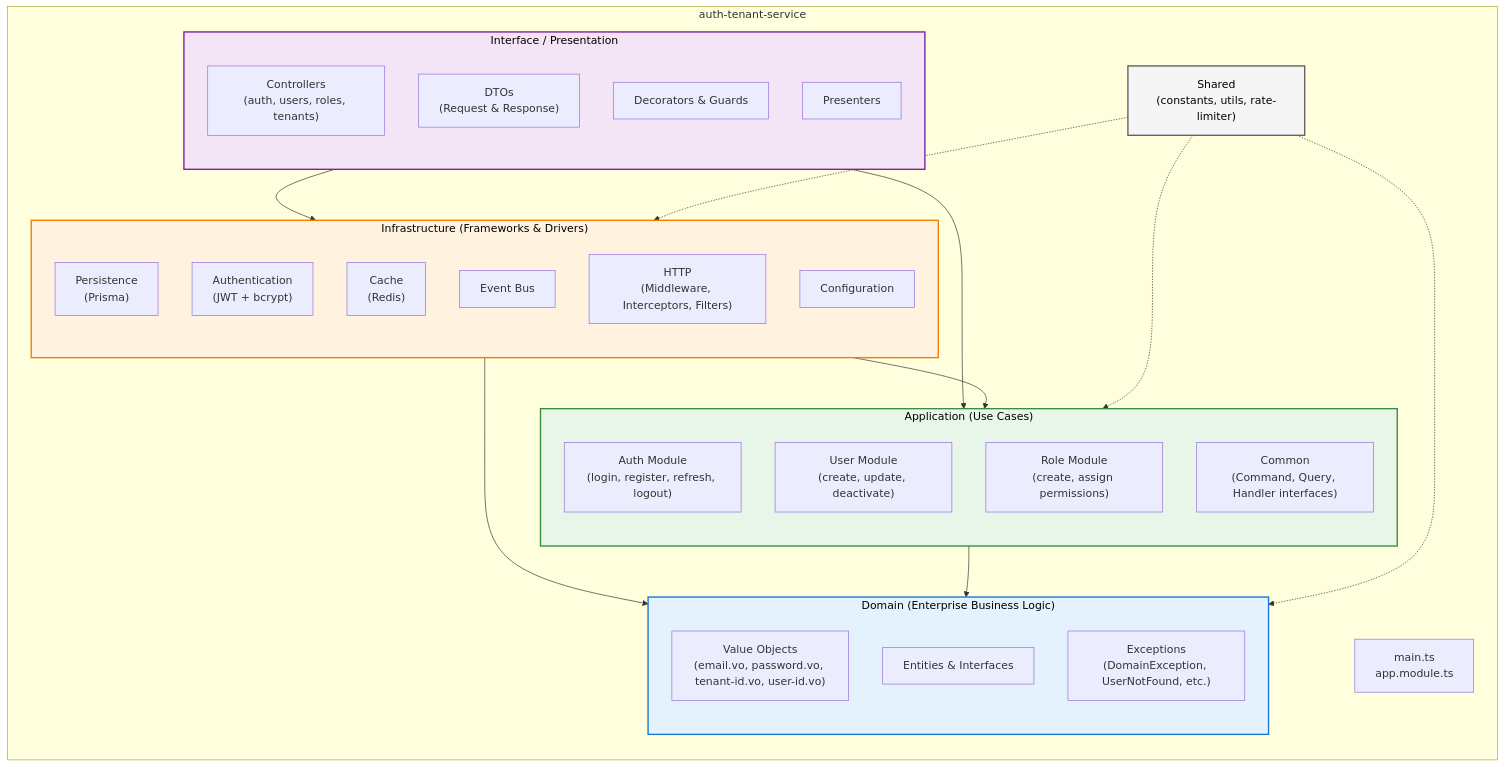
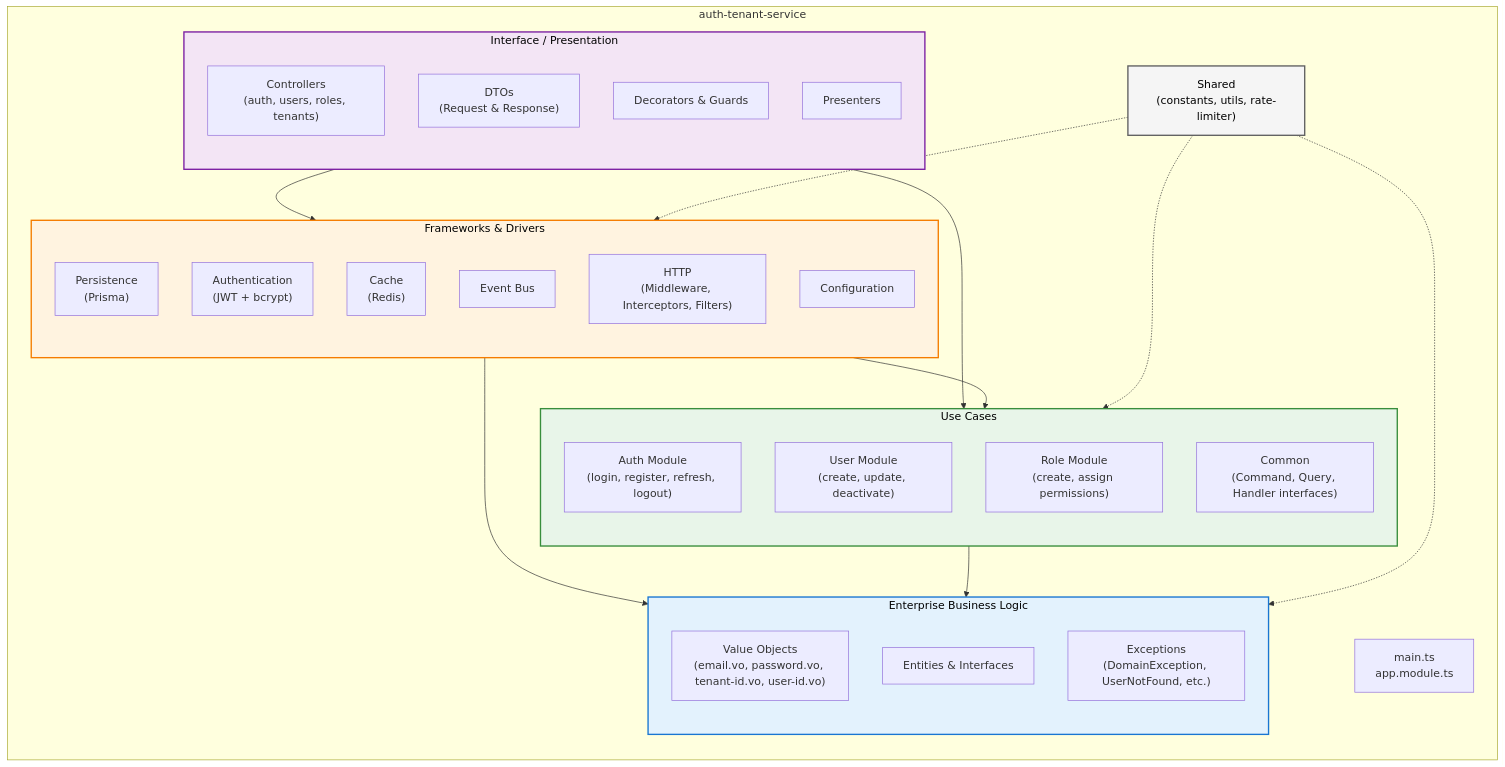
The diagram in README.md (jorge-sanhueza/auth-tenant-service), drawn with Mermaid before and after one commit. The commit also changed other lines of this file, not shown here.

````diff
--- a/README.md
+++ b/README.md
@@ -67,73 +71,73 @@
 ```mermaid
 flowchart TD
     %% Main Title
     subgraph "auth-tenant-service"
         direction TB
 
         %% Layer 1: Domain (Innermost)
-        subgraph Domain["Domain (Enterprise Business Logic)"]
+        subgraph Domain["Enterprise Business Logic"]
             direction TB
             VO["Value Objects\n(email.vo, password.vo, tenant-id.vo, user-id.vo)"]
             Entities["Entities & Interfaces"]
             Exceptions["Exceptions\n(DomainException, UserNotFound, etc.)"]
         end
 
         %% Layer 2: Application
-        subgraph Application["Application (Use Cases)"]
+        subgraph Application["Use Cases"]
             direction TB
             Auth["Auth Module\n(login, register, refresh, logout)"]
             User["User Module\n(create, update, deactivate)"]
             Role["Role Module\n(create, assign permissions)"]
             Common["Common\n(Command, Query, Handler interfaces)"]
         end
 
         %% Layer 3: Infrastructure
-        subgraph Infrastructure["Infrastructure (Frameworks & Drivers)"]
+        subgraph Infrastructure["Frameworks & Drivers"]
             direction TB
             Persistence["Persistence\n(Prisma)"]
             AuthInfra["Authentication\n(JWT + bcrypt)"]
             Cache["Cache\n(Redis)"]
             Events["Event Bus"]
             HTTPInfra["HTTP\n(Middleware, Interceptors, Filters)"]
             Config["Configuration"]
         end
 
         %% Layer 4: Interface (Outermost)
         subgraph Interface["Interface / Presentation"]
             direction TB
             Controllers["Controllers\n(auth, users, roles, tenants)"]
             DTOs["DTOs\n(Request & Response)"]
             Decorators["Decorators & Guards"]
             Presenters["Presenters"]
         end
 
         %% Shared (cross-cutting)
         Shared["Shared\n(constants, utils, rate-limiter)"]
 
         %% Root files
         Root["main.ts\napp.module.ts"]
     end
 
     %% Layer dependencies (outer depends on inner)
     Interface --> Application
     Interface --> Infrastructure
     Infrastructure --> Application
     Infrastructure --> Domain
     Application --> Domain
     Shared -.-> Domain
     Shared -.-> Application
     Shared -.-> Infrastructure
 
     %% Styling
     classDef domain fill:#e3f2fd,stroke:#1976d2,stroke-width:2px,color:#000;
     classDef application fill:#e8f5e9,stroke:#388e3c,stroke-width:2px,color:#000;
     classDef infrastructure fill:#fff3e0,stroke:#f57c00,stroke-width:2px,color:#000;
     classDef interface fill:#f3e5f5,stroke:#7b1fa2,stroke-width:2px,color:#000;
     classDef shared fill:#f5f5f5,stroke:#616161,stroke-width:2px,color:#000;
 
     class Domain domain;
     class Application application;
     class Infrastructure infrastructure;
     class Interface interface;
     class Shared shared;
 ```
````
